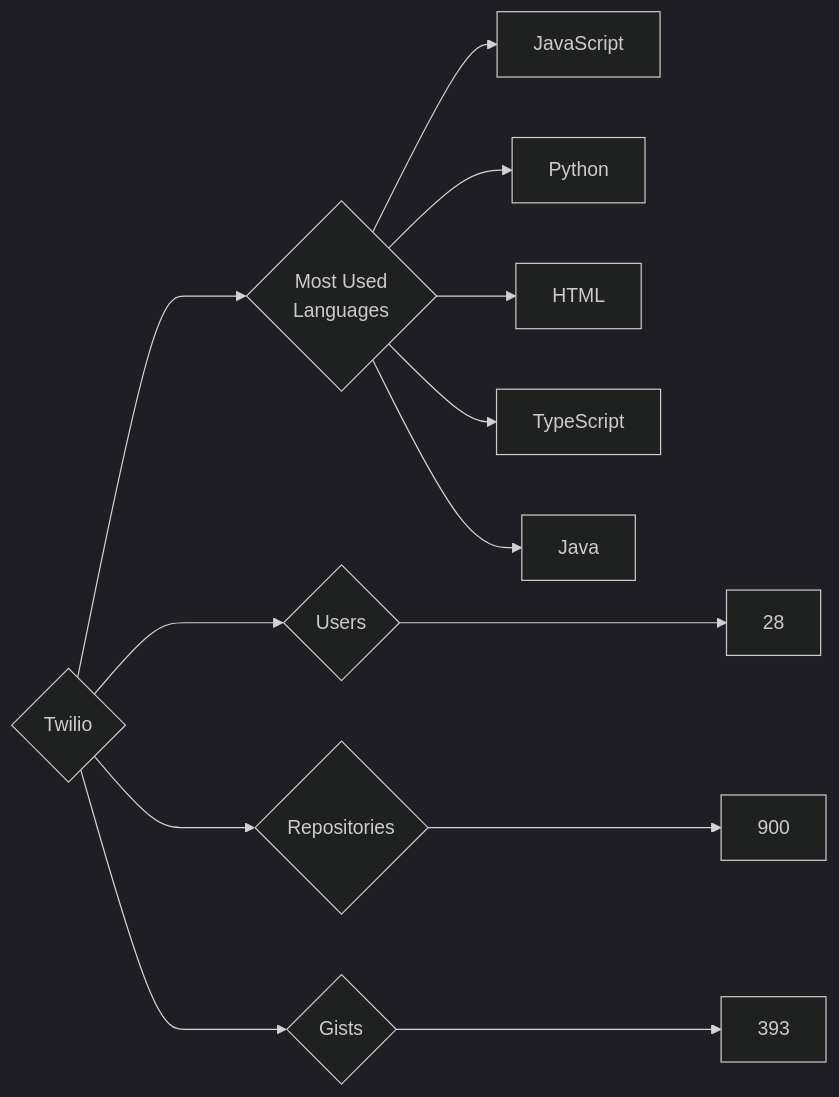
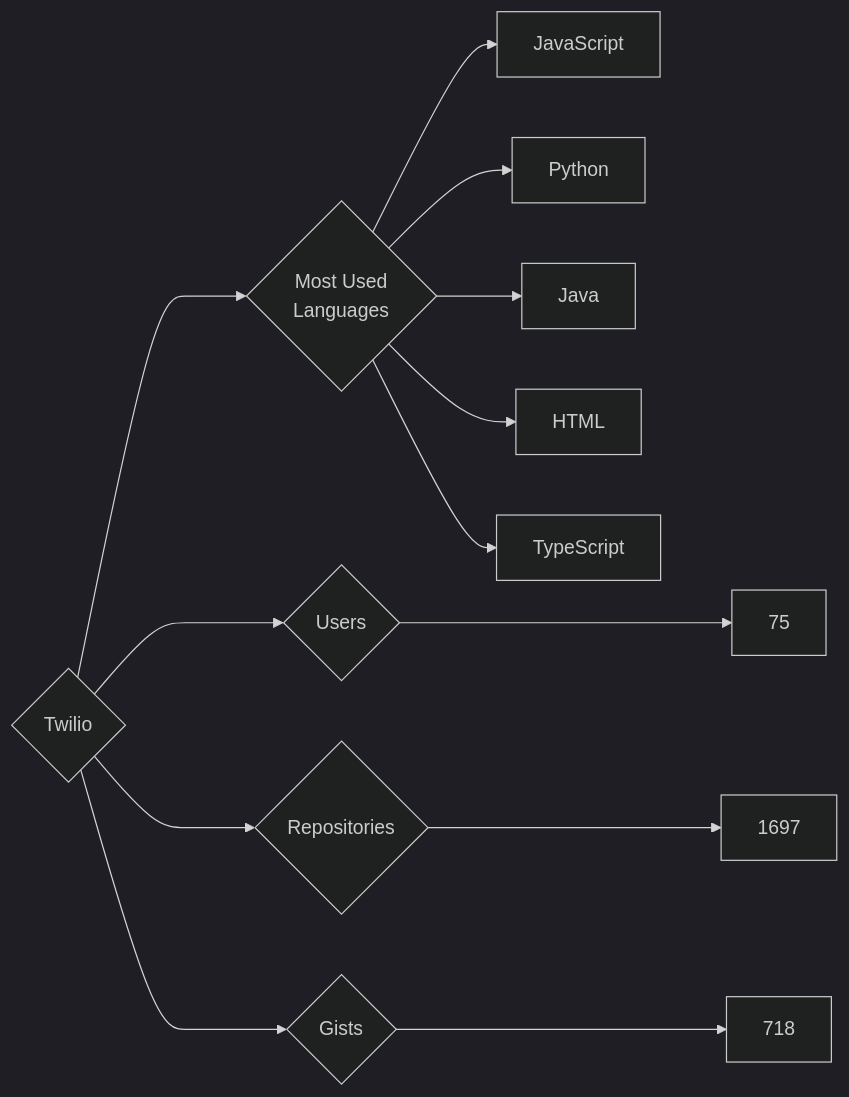
Before and after one commit to trickest/insiders: the diagram in targets/Twilio/README.md, drawn with Mermaid (dark theme). The commit also changed 829 other files, not shown here.

````diff
--- a/targets/Twilio/README.md
+++ b/targets/Twilio/README.md
@@ -3,13 +3,13 @@
 ```mermaid
 graph LR
 COMPANY_NAME{Twilio}
-COMPANY_NAME ---> U{Users} ---> UN[28]
-COMPANY_NAME ---> R{Repositories} ---> RN[900]
-COMPANY_NAME ---> G{Gists} ---> GN[393]
+COMPANY_NAME ---> U{Users} ---> UN[75]
+COMPANY_NAME ---> R{Repositories} ---> RN[1697]
+COMPANY_NAME ---> G{Gists} ---> GN[718]
 COMPANY_NAME ---> ML{Most Used<br>Languages}
 ML --> JavaScript[JavaScript]
 ML --> Python[Python]
+ML --> Java[Java]
 ML --> HTML[HTML]
 ML --> TypeScript[TypeScript]
-ML --> Java[Java]
 ```
````
